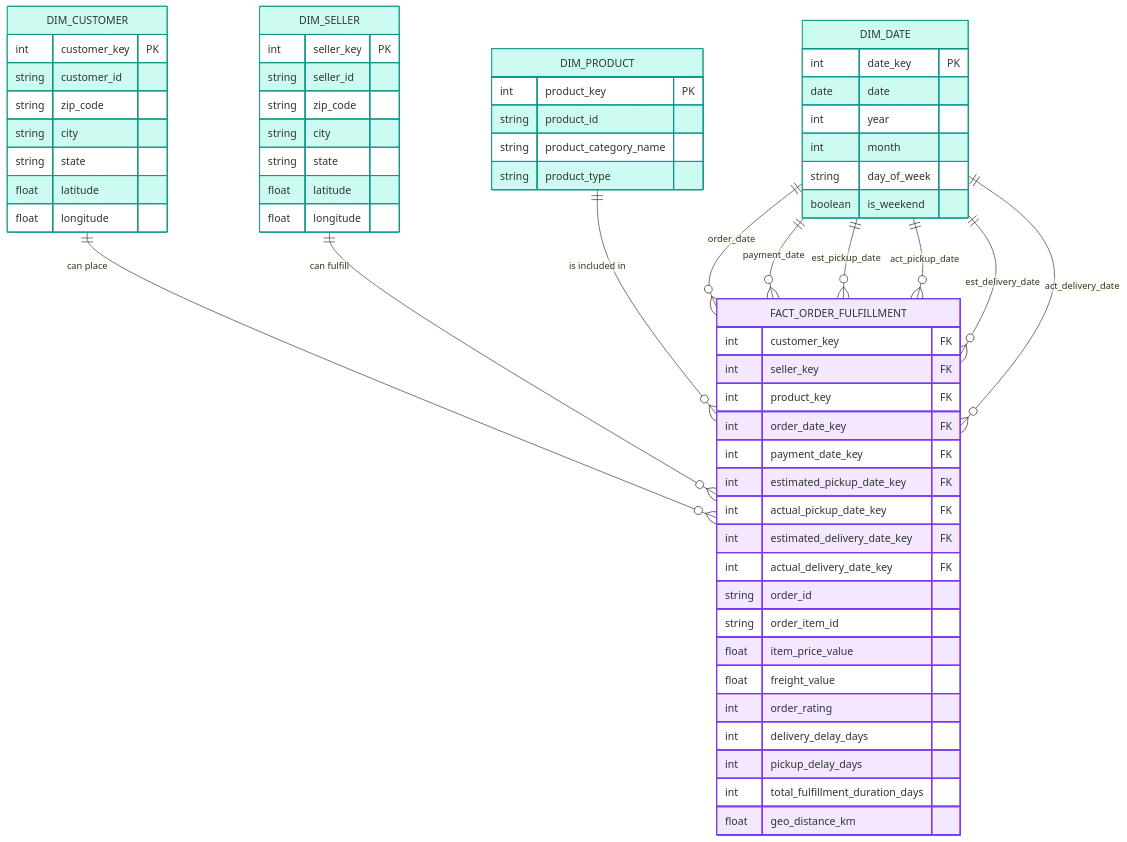
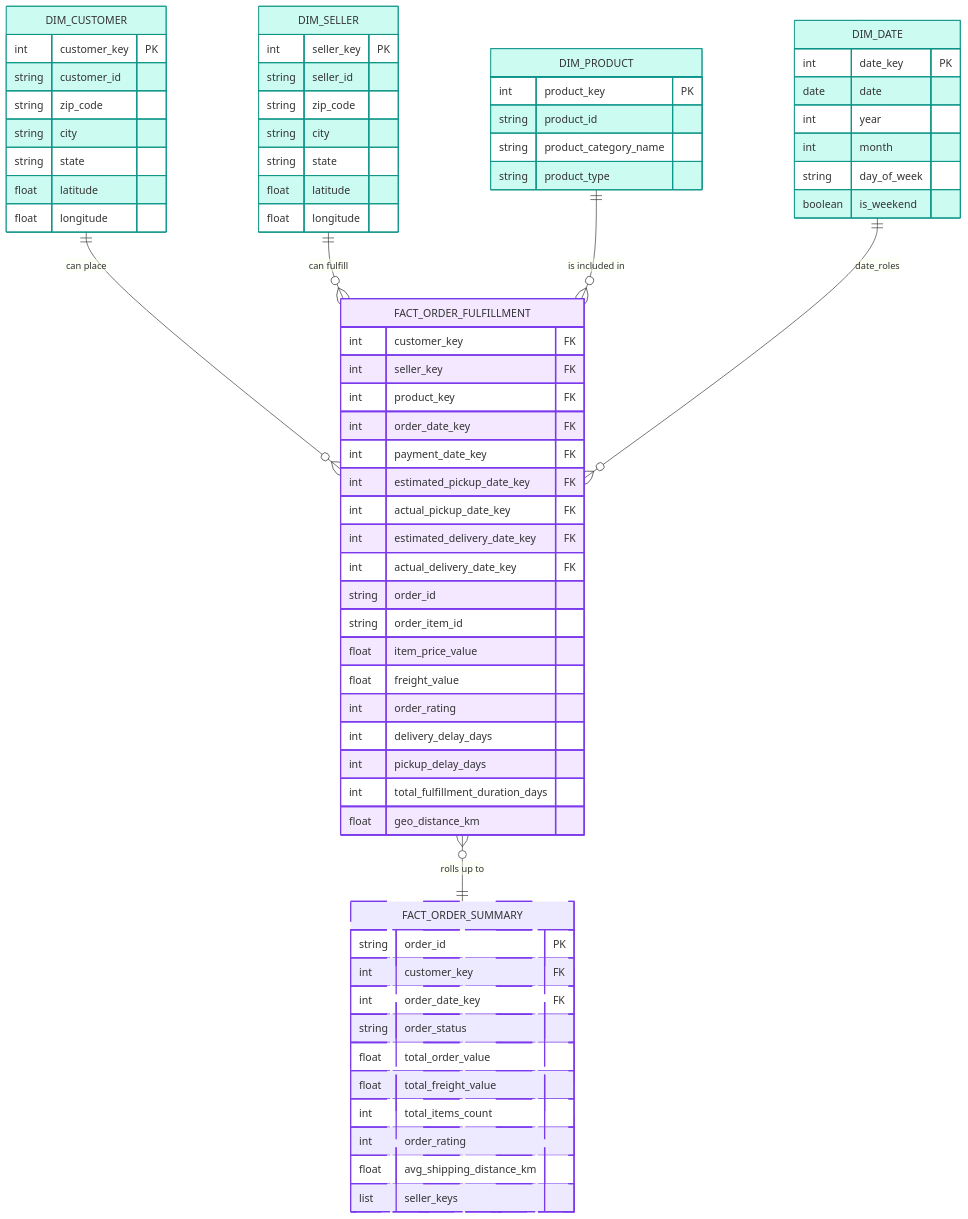
The second of 2 diagrams in 2.2-dimension-model.md (zeroonyx/DSAI5_M2_team2_groupproject), drawn with Mermaid before and after one commit. The commit also changed other lines of this file and 6 other files, not shown here.

````diff
--- a/2.2-dimension-model.md
+++ b/2.2-dimension-model.md
@@ -139,6 +145,7 @@
 ```mermaid
+
 erDiagram
-    %% Fact Table
+    %% Fact Tables
     FACT_ORDER_FULFILLMENT {
         int customer_key FK
         int seller_key FK
@@ -158,6 +165,19 @@
         int pickup_delay_days
         int total_fulfillment_duration_days
         float geo_distance_km
+    }
+
+    FACT_ORDER_SUMMARY {
+        string order_id PK
+        int customer_key FK
+        int order_date_key FK
+        string order_status
+        float total_order_value
+        float total_freight_value
+        int total_items_count
+        int order_rating
+        float avg_shipping_distance_km
+        list seller_keys
     }
 
     %% Dimension Tables
@@ -197,24 +217,23 @@
         boolean is_weekend
     }
 
-    %% Relationships (Many-to-One to Dimensions)
+    %% Relationships
     DIM_CUSTOMER ||--o{ FACT_ORDER_FULFILLMENT : "can place"
     DIM_SELLER ||--o{ FACT_ORDER_FULFILLMENT : "can fulfill"
     DIM_PRODUCT ||--o{ FACT_ORDER_FULFILLMENT : "is included in"
     
+    %% Fact-to-Summary relationship
+    FACT_ORDER_FULFILLMENT }o--|| FACT_ORDER_SUMMARY : "rolls up to"
+    
     %% Role-Playing Date Relationships
-    DIM_DATE ||--o{ FACT_ORDER_FULFILLMENT : "order_date"
-    DIM_DATE ||--o{ FACT_ORDER_FULFILLMENT : "payment_date"
-    DIM_DATE ||--o{ FACT_ORDER_FULFILLMENT : "est_pickup_date"
-    DIM_DATE ||--o{ FACT_ORDER_FULFILLMENT : "act_pickup_date"
-    DIM_DATE ||--o{ FACT_ORDER_FULFILLMENT : "est_delivery_date"
-    DIM_DATE ||--o{ FACT_ORDER_FULFILLMENT : "act_delivery_date"
+    DIM_DATE ||--o{ FACT_ORDER_FULFILLMENT : "date_roles"
 
     %% Theme Coloring Styles
-    style FACT_ORDER_FULFILLMENT fill:#f3e8ff,stroke:#7c3aed,stroke-width:2px;
-    
-    style DIM_CUSTOMER fill:#ccfbf1,stroke:#0d9488,stroke-width:1px;
-    style DIM_SELLER fill:#ccfbf1,stroke:#0d9488,stroke-width:1px;
-    style DIM_PRODUCT fill:#ccfbf1,stroke:#0d9488,stroke-width:1px;
-    style DIM_DATE fill:#ccfbf1,stroke:#0d9488,stroke-width:1px;
+    style FACT_ORDER_FULFILLMENT fill:#f3e8ff,stroke:#7c3aed,stroke-width:2px
+    style FACT_ORDER_SUMMARY fill:#ede9fe,stroke:#7c3aed,stroke-width:2px,stroke-dasharray: 5 5
+    style DIM_CUSTOMER fill:#ccfbf1,stroke:#0d9488,stroke-width:1px
+    style DIM_SELLER fill:#ccfbf1,stroke:#0d9488,stroke-width:1px
+    style DIM_PRODUCT fill:#ccfbf1,stroke:#0d9488,stroke-width:1px
+    style DIM_DATE fill:#ccfbf1,stroke:#0d9488,stroke-width:1px
+
 ```
````
